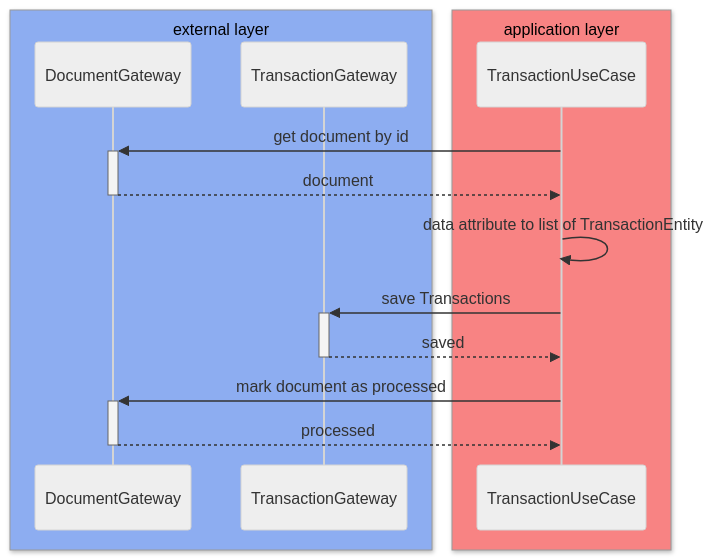
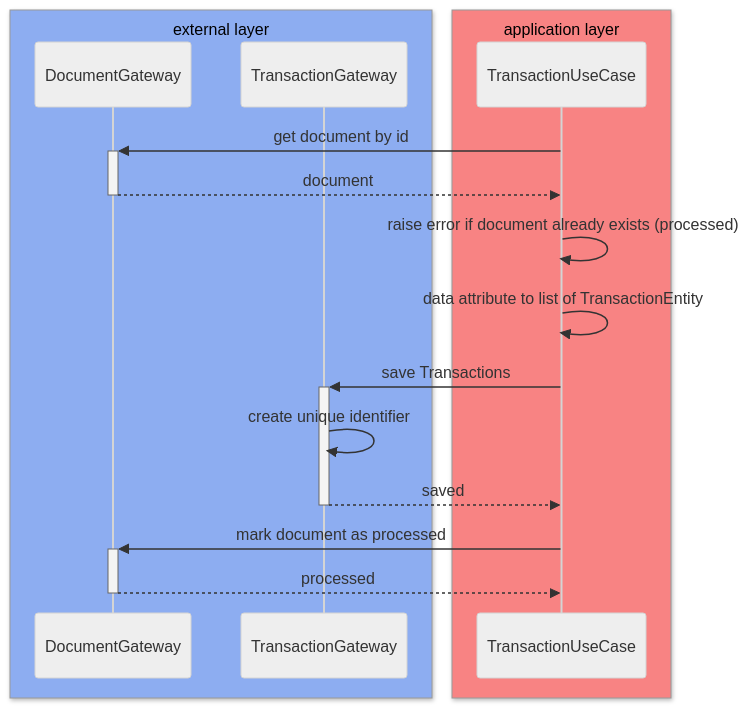
One commit to josueelias9/improving-BCP-organizate changed the second of 2 diagrams in new-service/src/Capplication/README.md. Above: the diagram before and after it, drawn with Mermaid (neutral theme). The commit also changed other lines of this file and 6 other files, not shown here.

````diff
--- a/new-service/src/Capplication/README.md
+++ b/new-service/src/Capplication/README.md
@@ -29,20 +36,22 @@
 ```mermaid
 sequenceDiagram
     box rgb(141, 173, 241) external layer
     participant DocumentGateway
     participant TransactionGateway
     end
 
     box rgb(248, 131, 131) application layer
     participant TransactionUseCase
     end
     
     TransactionUseCase->>+DocumentGateway: get document by id
     DocumentGateway-->>-TransactionUseCase: document
+    TransactionUseCase->>TransactionUseCase: raise error if document already exists (processed)
     TransactionUseCase->>TransactionUseCase: data attribute to list of TransactionEntity
     TransactionUseCase->>+TransactionGateway: save Transactions
+    TransactionGateway->>TransactionGateway: create unique identifier
     TransactionGateway-->>-TransactionUseCase: saved
     TransactionUseCase->>+DocumentGateway: mark document as processed
     DocumentGateway-->>-TransactionUseCase: processed
 
 ```
````
